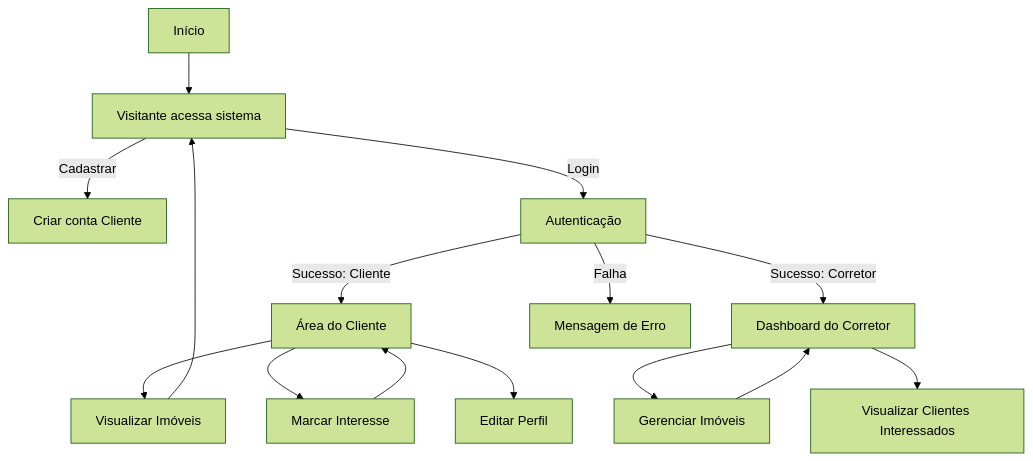
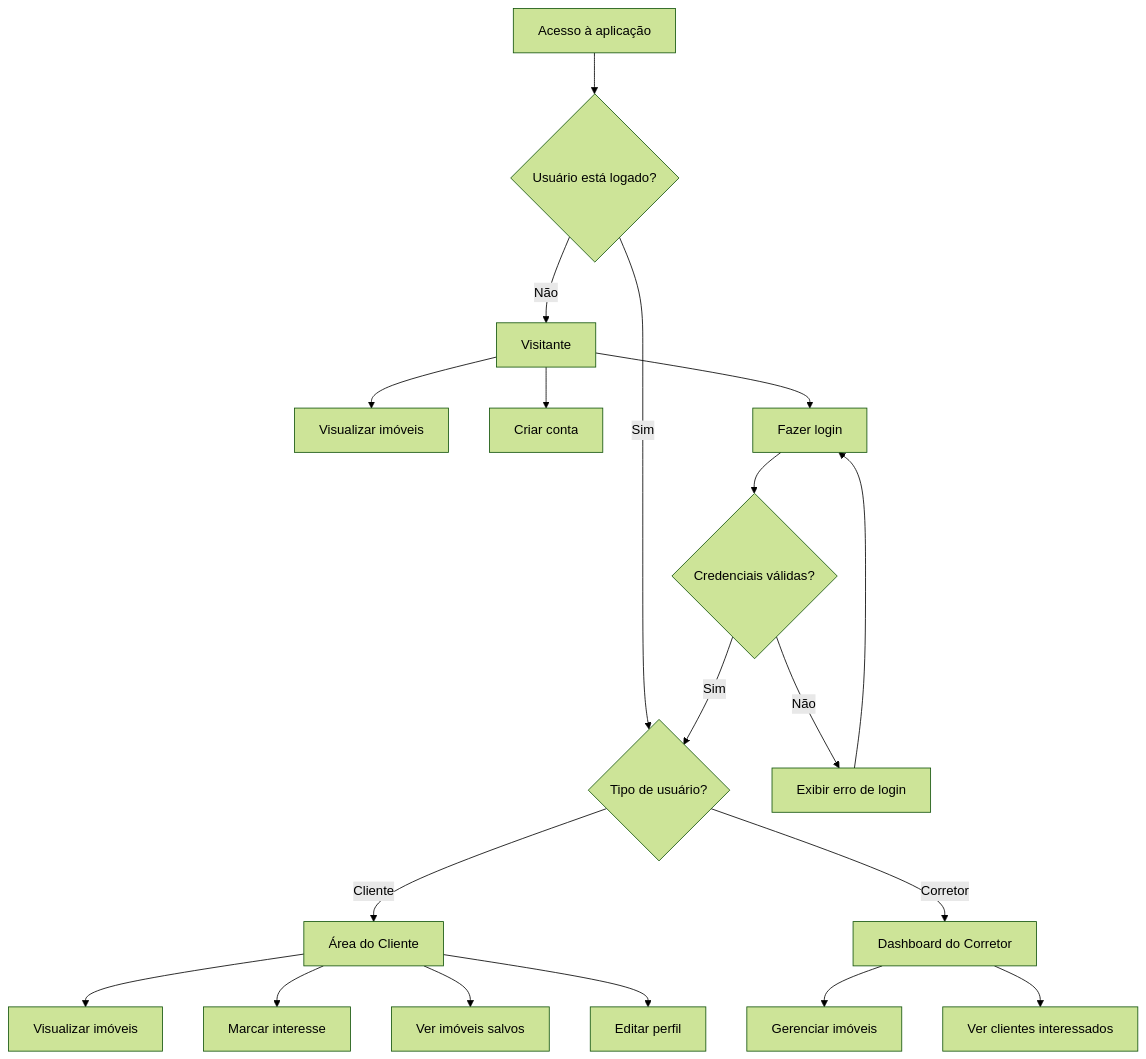
One commit to Pietro-Amorim/CursoFrontEnd changed the third of 3 diagrams in recuperação/imobiliaria-prime/README.md. Above: the diagram before and after it, drawn with Mermaid (forest theme). The commit also changed other lines of this file, not shown here.

````diff
--- a/recuperação/imobiliaria-prime/README.md
+++ b/recuperação/imobiliaria-prime/README.md
@@ -171,21 +170,25 @@
 ```mermaid
 flowchart TD
-    A[Início] --> B[Visitante acessa sistema]
-    B -->|Cadastrar| C[Criar conta Cliente]
-    B -->|Login| D[Autenticação]
+    A[Acesso à aplicação] --> B{Usuário está logado?}
+    B -- Não --> C[Visitante]
+    C --> D[Visualizar imóveis]
+    C --> E[Criar conta]
+    C --> F[Fazer login]
 
-    D -->|Sucesso: Cliente| E[Área do Cliente]
-    D -->|Sucesso: Corretor| F[Dashboard do Corretor]
-    D -->|Falha| G[Mensagem de Erro]
+    B -- Sim --> G{Tipo de usuário?}
+    G -- Cliente --> H[Área do Cliente]
+    G -- Corretor --> I[Dashboard do Corretor]
 
-    E --> H[Visualizar Imóveis]
-    E --> I[Marcar Interesse]
-    E --> J[Editar Perfil]
+    H --> J[Visualizar imóveis]
+    H --> K[Marcar interesse]
+    H --> L[Ver imóveis salvos]
+    H --> M[Editar perfil]
 
-    F --> K[Gerenciar Imóveis]
-    F --> L[Visualizar Clientes Interessados]
+    I --> N[Gerenciar imóveis]
+    I --> O[Ver clientes interessados]
 
-    H --> B
-    K --> F
-    I --> E
+    F --> P{Credenciais válidas?}
+    P -- Sim --> G
+    P -- Não --> Q[Exibir erro de login]
+    Q --> F
 ```
````
